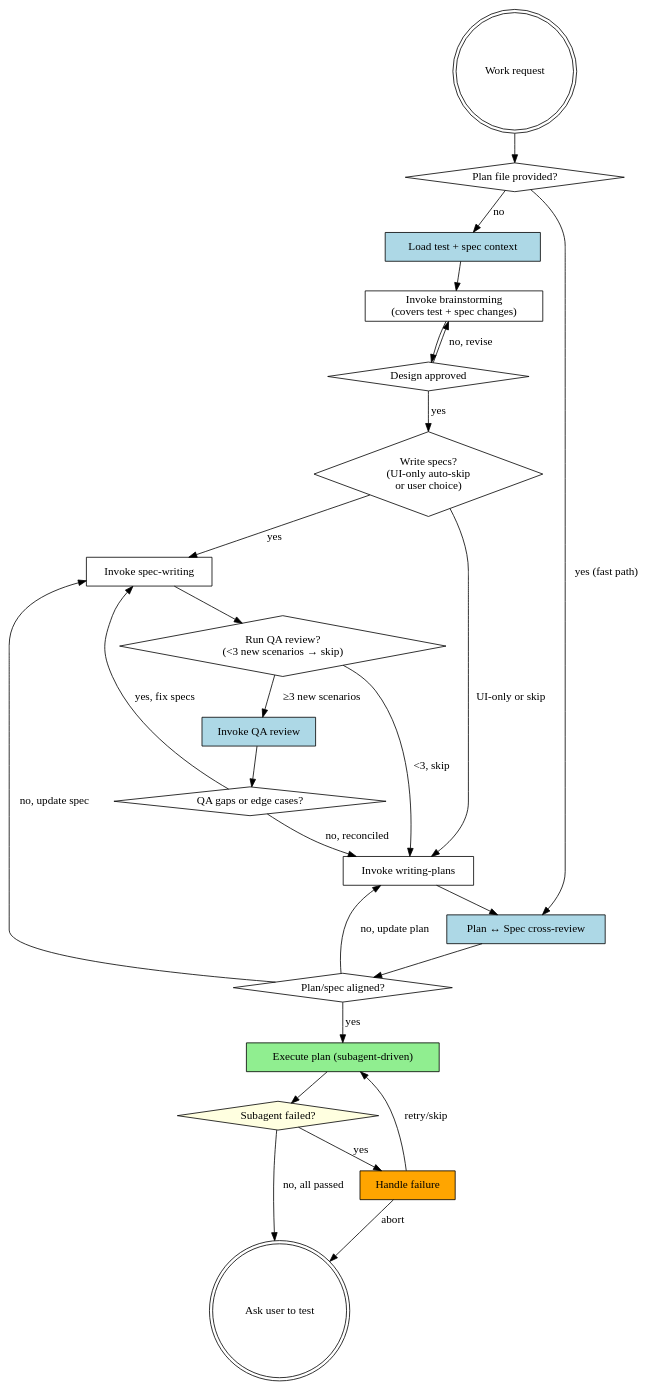
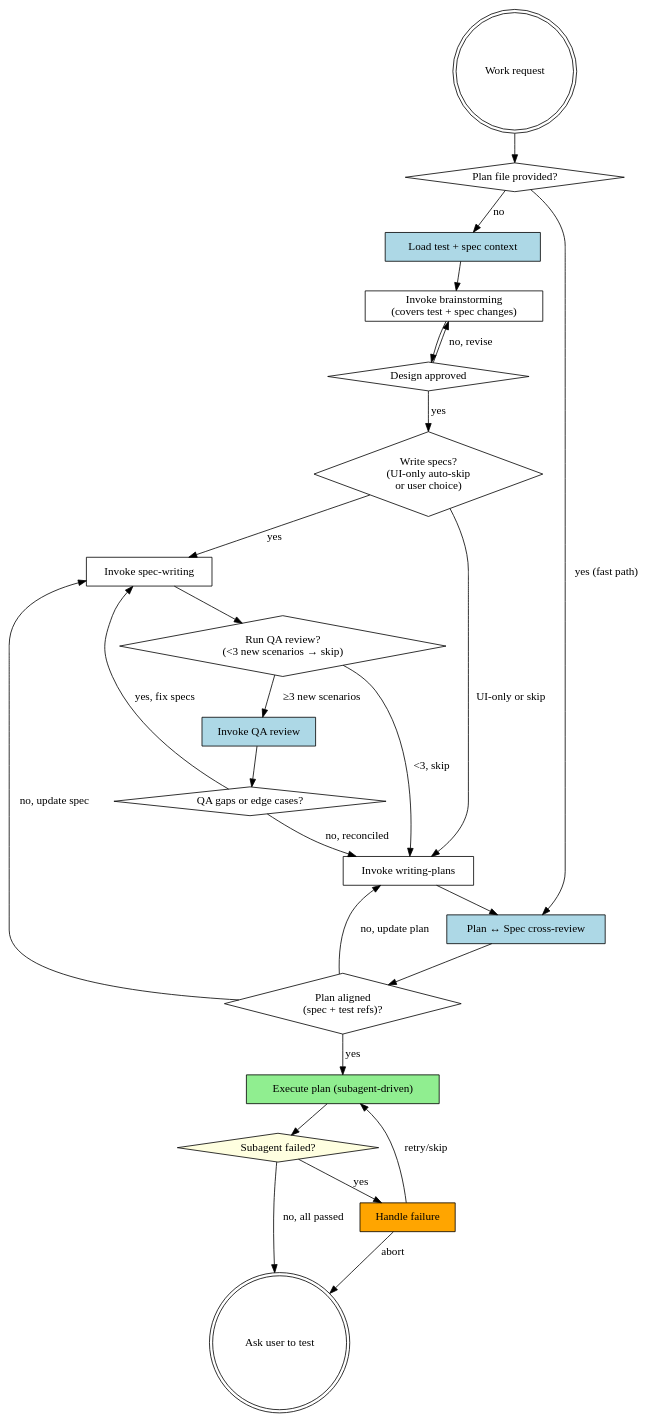
Before and after one commit to pandaworks-software-plt/pandahrms-skills: the diagram in skills/forge/SKILL.md, drawn with Graphviz. The commit also changed other lines of this file and 1 other file, not shown here.

First line of the commit message:
feat(forge): drop Tiny-Task, validate test refs in Step 5, slim Step 1

````diff
--- a/skills/forge/SKILL.md
+++ b/skills/forge/SKILL.md
@@ -126,47 +108,47 @@
 ```dot
 digraph pipeline {
     "Work request" [shape=doublecircle];
     "Plan file provided?" [shape=diamond];
     "Load test + spec context" [shape=box, style=filled, fillcolor=lightblue];
     "Invoke brainstorming\n(covers test + spec changes)" [shape=box];
     "Design approved" [shape=diamond];
     "Write specs?\n(UI-only auto-skip\nor user choice)" [shape=diamond];
     "Invoke spec-writing" [shape=box];
     "Run QA review?\n(<3 new scenarios → skip)" [shape=diamond];
     "Invoke QA review" [shape=box, style=filled, fillcolor=lightblue];
     "QA gaps or edge cases?" [shape=diamond];
     "Invoke writing-plans" [shape=box];
     "Plan ↔ Spec cross-review" [shape=box, style=filled, fillcolor=lightblue];
-    "Plan/spec aligned?" [shape=diamond];
+    "Plan aligned\n(spec + test refs)?" [shape=diamond];
     "Execute plan (subagent-driven)" [shape=box, style=filled, fillcolor=lightgreen];
     "Subagent failed?" [shape=diamond, style=filled, fillcolor=lightyellow];
     "Handle failure" [shape=box, style=filled, fillcolor=orange];
     "Ask user to test" [shape=doublecircle];
 
     "Work request" -> "Plan file provided?";
     "Plan file provided?" -> "Plan ↔ Spec cross-review" [label="yes (fast path)"];
     "Plan file provided?" -> "Load test + spec context" [label="no"];
     "Load test + spec context" -> "Invoke brainstorming\n(covers test + spec changes)";
     "Invoke brainstorming\n(covers test + spec changes)" -> "Design approved";
     "Design approved" -> "Invoke brainstorming\n(covers test + spec changes)" [label="no, revise"];
     "Design approved" -> "Write specs?\n(UI-only auto-skip\nor user choice)" [label="yes"];
     "Write specs?\n(UI-only auto-skip\nor user choice)" -> "Invoke spec-writing" [label="yes"];
     "Write specs?\n(UI-only auto-skip\nor user choice)" -> "Invoke writing-plans" [label="UI-only or skip"];
     "Invoke spec-writing" -> "Run QA review?\n(<3 new scenarios → skip)";
     "Run QA review?\n(<3 new scenarios → skip)" -> "Invoke QA review" [label="≥3 new scenarios"];
     "Run QA review?\n(<3 new scenarios → skip)" -> "Invoke writing-plans" [label="<3, skip"];
     "Invoke QA review" -> "QA gaps or edge cases?";
     "QA gaps or edge cases?" -> "Invoke spec-writing" [label="yes, fix specs"];
     "QA gaps or edge cases?" -> "Invoke writing-plans" [label="no, reconciled"];
     "Invoke writing-plans" -> "Plan ↔ Spec cross-review";
-    "Plan ↔ Spec cross-review" -> "Plan/spec aligned?";
-    "Plan/spec aligned?" -> "Invoke writing-plans" [label="no, update plan"];
-    "Plan/spec aligned?" -> "Invoke spec-writing" [label="no, update spec"];
-    "Plan/spec aligned?" -> "Execute plan (subagent-driven)" [label="yes"];
+    "Plan ↔ Spec cross-review" -> "Plan aligned\n(spec + test refs)?";
+    "Plan aligned\n(spec + test refs)?" -> "Invoke writing-plans" [label="no, update plan"];
+    "Plan aligned\n(spec + test refs)?" -> "Invoke spec-writing" [label="no, update spec"];
+    "Plan aligned\n(spec + test refs)?" -> "Execute plan (subagent-driven)" [label="yes"];
     "Execute plan (subagent-driven)" -> "Subagent failed?";
     "Subagent failed?" -> "Handle failure" [label="yes"];
     "Handle failure" -> "Execute plan (subagent-driven)" [label="retry/skip"];
     "Handle failure" -> "Ask user to test" [label="abort"];
     "Subagent failed?" -> "Ask user to test" [label="no, all passed"];
 }
 ```
````
